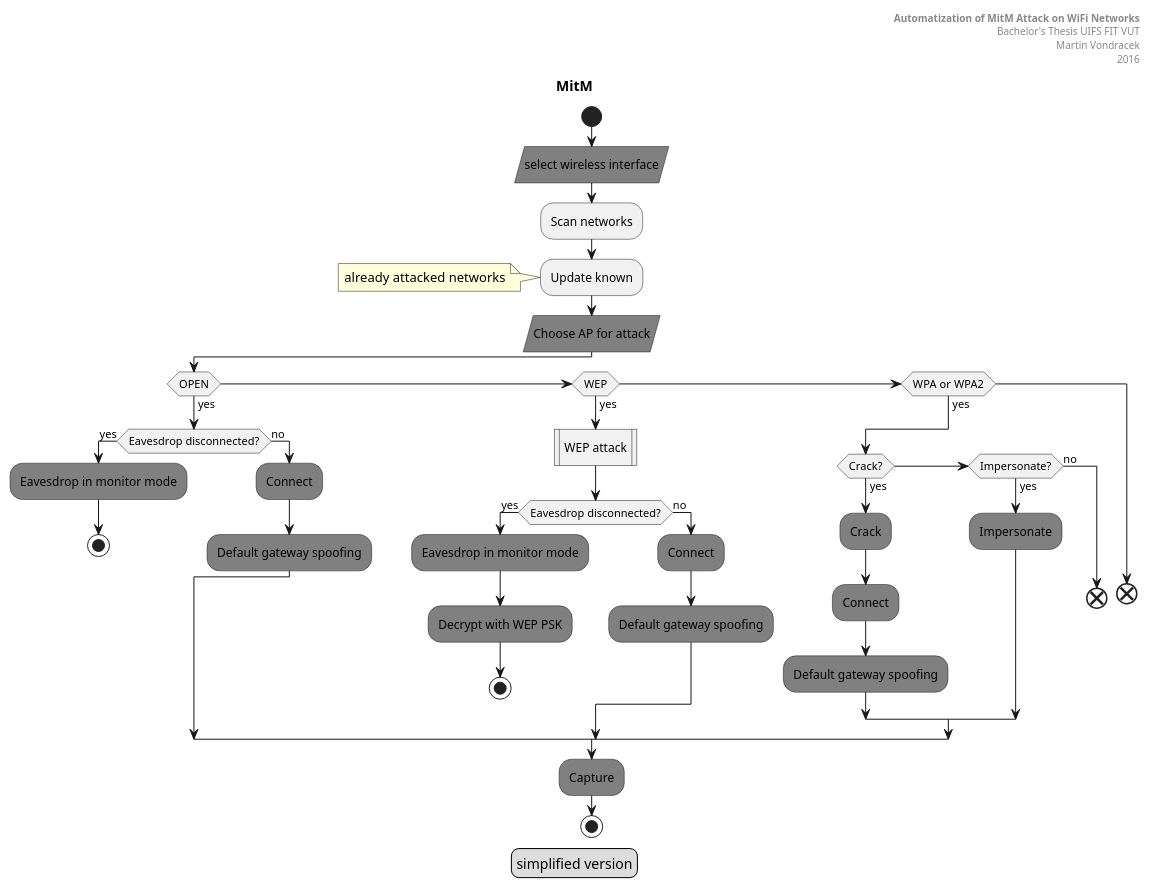
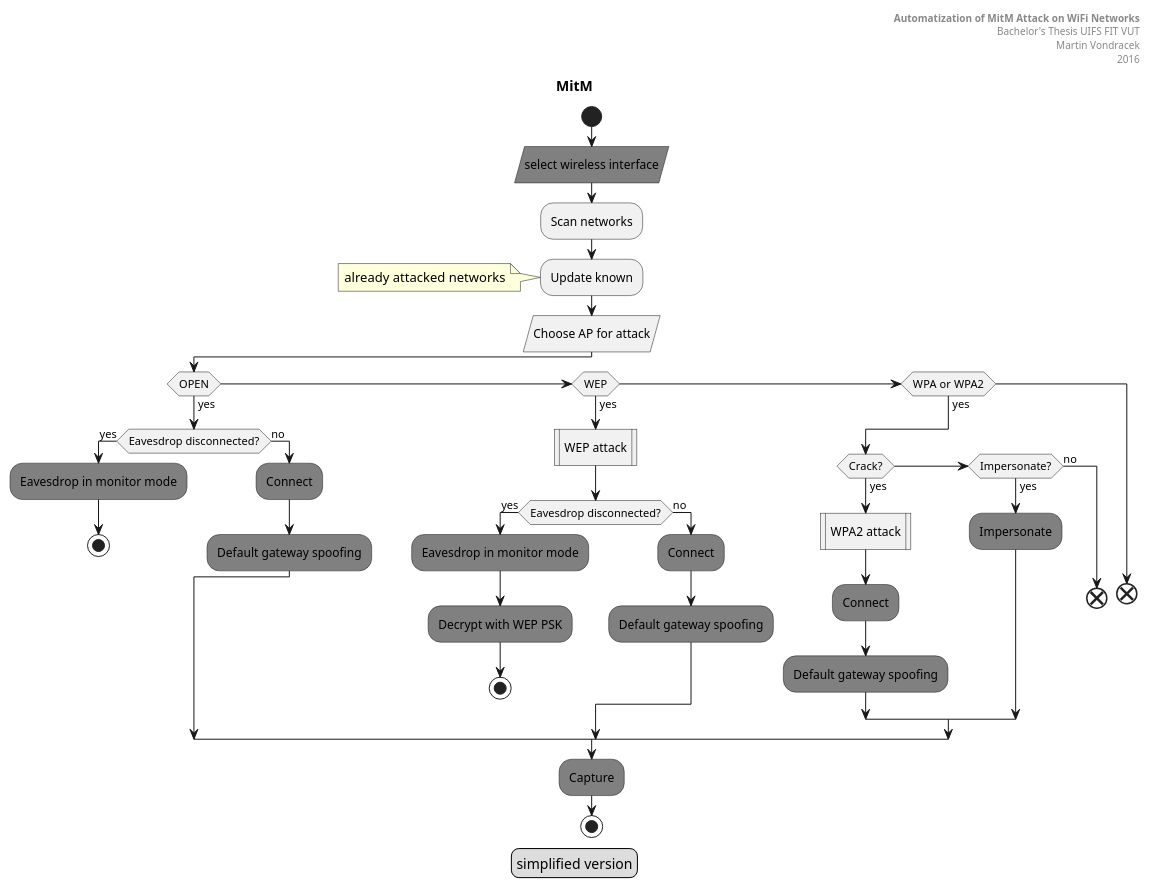
Before and after one commit to mvondracek/wifimitm: the diagram in doc/MitM.puml, drawn with PlantUML. The commit also changed 6 other files, not shown here.

```diff
--- a/doc/MitM.puml
+++ b/doc/MitM.puml
@@ -1,59 +1,59 @@
 @startuml
 title MitM
 header
 **Automatization of MitM Attack on WiFi Networks**
 Bachelor's Thesis UIFS FIT VUT
 Martin Vondracek
 2016
 end header
 legend
 simplified version
 end legend
 
 start
 
 #Grey:select wireless interface/
 
 
 :Scan networks;
 :Update known;
 note: already attacked networks
-#Grey:Choose AP for attack/
+:Choose AP for attack/
 
 if (OPEN) then (yes)
     if (Eavesdrop disconnected?) then (yes)
         #Grey:Eavesdrop in monitor mode;
         stop
     else (no)
         #Grey:Connect;
         #Grey:Default gateway spoofing;
     endif
 elseif (WEP) then (yes)
     :WEP attack|
     if (Eavesdrop disconnected?) then (yes)
         #Grey:Eavesdrop in monitor mode;
         #Grey:Decrypt with WEP PSK;
         stop
     else (no)
         #Grey:Connect;
         #Grey:Default gateway spoofing;
     endif
 elseif (WPA or WPA2) then (yes)
 
     if (Crack?) then (yes)
-        #Grey:Crack;
+        :WPA2 attack|
         #Grey:Connect;
         #Grey:Default gateway spoofing;
     elseif (Impersonate?) then (yes)
         #Grey:Impersonate;
     else (no)
         end
     endif
 else
     end
 endif
 
 #Grey:Capture;
 
 stop
 @enduml
```
